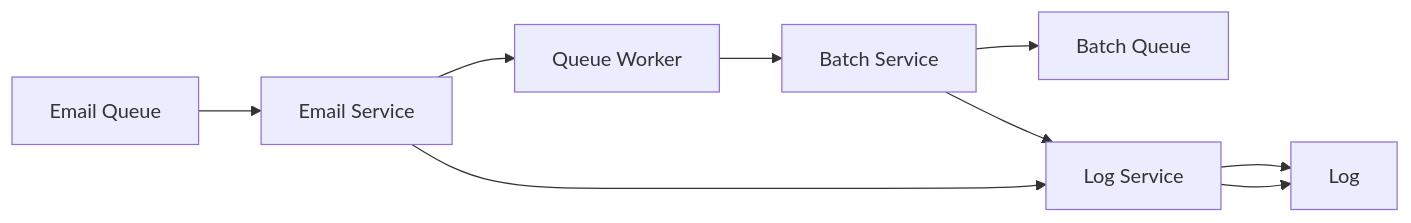
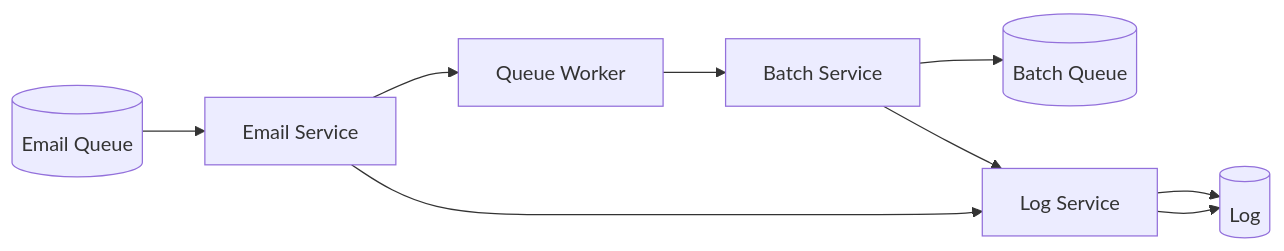
One commit to ad-developer/email-queue changed the second of 2 diagrams in README.md. Above: the diagram before and after it, drawn with Mermaid. The commit also changed other lines of this file, not shown here.

````diff
--- a/README.md
+++ b/README.md
@@ -18,7 +18,7 @@
 ```mermaid
 graph LR
-    emailQueue[Email Queue] --> emailService[Email Service] --> queueWorker[Queue Worker] --> batchService[Batch Service] --> batchQueue[Batch Queue];
-    emailService --> logService[Log Service] --> Log[Log];
-    batchService --> logService --> Log[Log]
+    emailQueue[(Email Queue)] --> emailService[Email Service] --> queueWorker[Queue Worker] --> batchService[Batch Service] --> batchQueue[(Batch Queue)];
+    emailService --> logService[Log Service] --> Log[(Log)];
+    batchService --> logService --> Log
    
 ```
````
